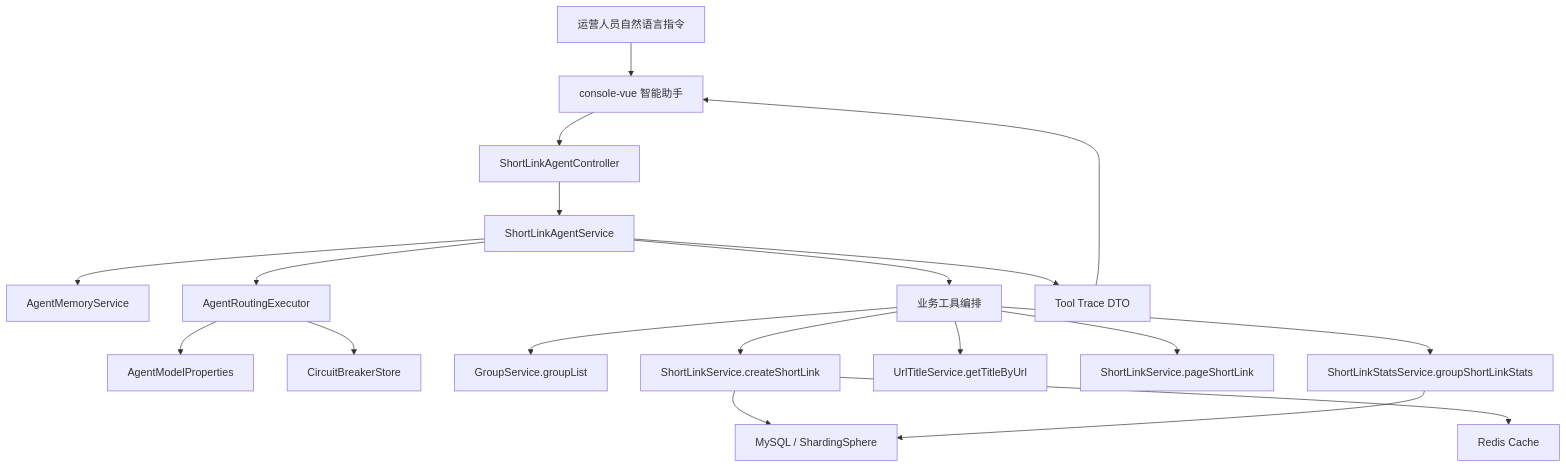
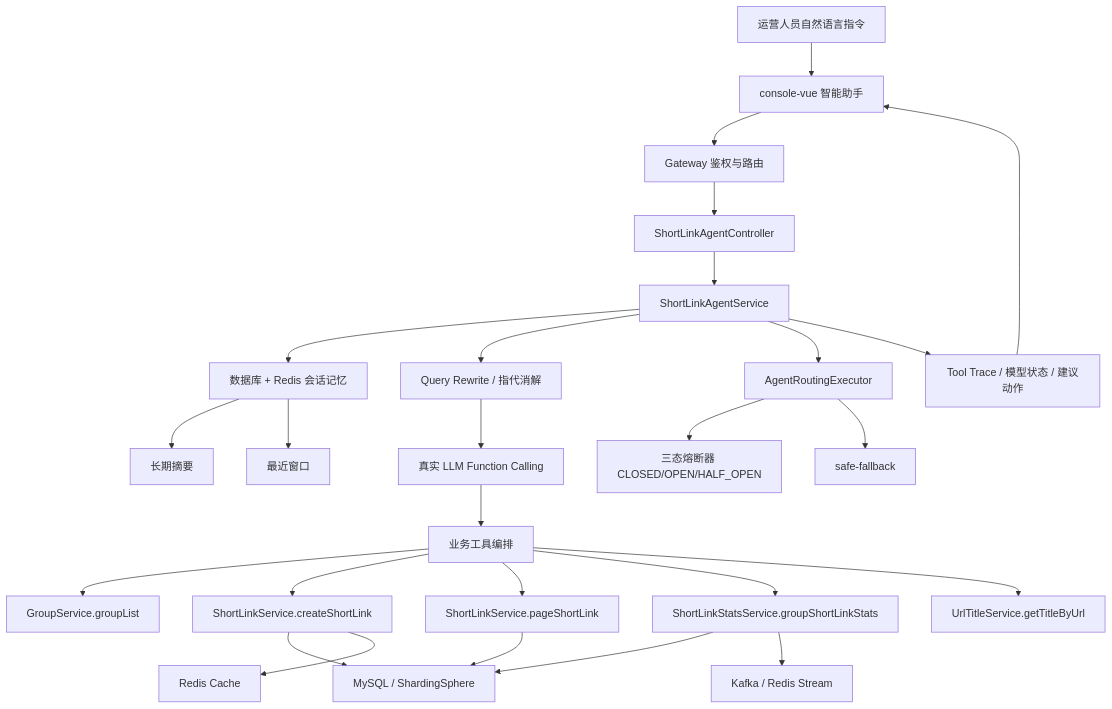
One commit to panchenduo/cs599-project changed the diagram in docs/architecture.md. Above: the diagram before and after it, drawn with Mermaid. The commit also changed other lines of this file and 15 other files, not shown here.

````diff
--- a/docs/architecture.md
+++ b/docs/architecture.md
@@ -26,21 +9,34 @@
 ```mermaid
 flowchart TD
     User["运营人员自然语言指令"] --> Vue["console-vue 智能助手"]
-    Vue --> AgentAPI["ShortLinkAgentController"]
+    Vue --> Gateway["Gateway 鉴权与路由"]
+    Gateway --> AgentAPI["ShortLinkAgentController"]
     AgentAPI --> AgentService["ShortLinkAgentService"]
-    AgentService --> Memory["AgentMemoryService"]
+
+    AgentService --> Memory["数据库 + Redis 会话记忆"]
+    Memory --> Summary["长期摘要"]
+    Memory --> Window["最近窗口"]
+
+    AgentService --> Rewrite["Query Rewrite / 指代消解"]
+    Rewrite --> FunctionCalling["真实 LLM Function Calling"]
+    FunctionCalling --> Tools["业务工具编排"]
+
     AgentService --> Router["AgentRoutingExecutor"]
-    Router --> ModelConfig["AgentModelProperties"]
-    Router --> Circuit["CircuitBreakerStore"]
-    AgentService --> Tools["业务工具编排"]
+    Router --> Breaker["三态熔断器 CLOSED/OPEN/HALF_OPEN"]
+    Router --> Fallback["safe-fallback"]
+
     Tools --> Group["GroupService.groupList"]
     Tools --> Create["ShortLinkService.createShortLink"]
-    Tools --> Title["UrlTitleService.getTitleByUrl"]
     Tools --> Page["ShortLinkService.pageShortLink"]
     Tools --> Stats["ShortLinkStatsService.groupShortLinkStats"]
-    Create --> DB["MySQL / ShardingSphere"]
+    Tools --> Title["UrlTitleService.getTitleByUrl"]
+
+    Create --> MySQL["MySQL / ShardingSphere"]
+    Page --> MySQL
+    Stats --> MySQL
     Create --> Redis["Redis Cache"]
-    Stats --> DB
-    AgentService --> Trace["Tool Trace DTO"]
+    Stats --> Kafka["Kafka / Redis Stream"]
+
+    AgentService --> Trace["Tool Trace / 模型状态 / 建议动作"]
     Trace --> Vue
 ```
````
